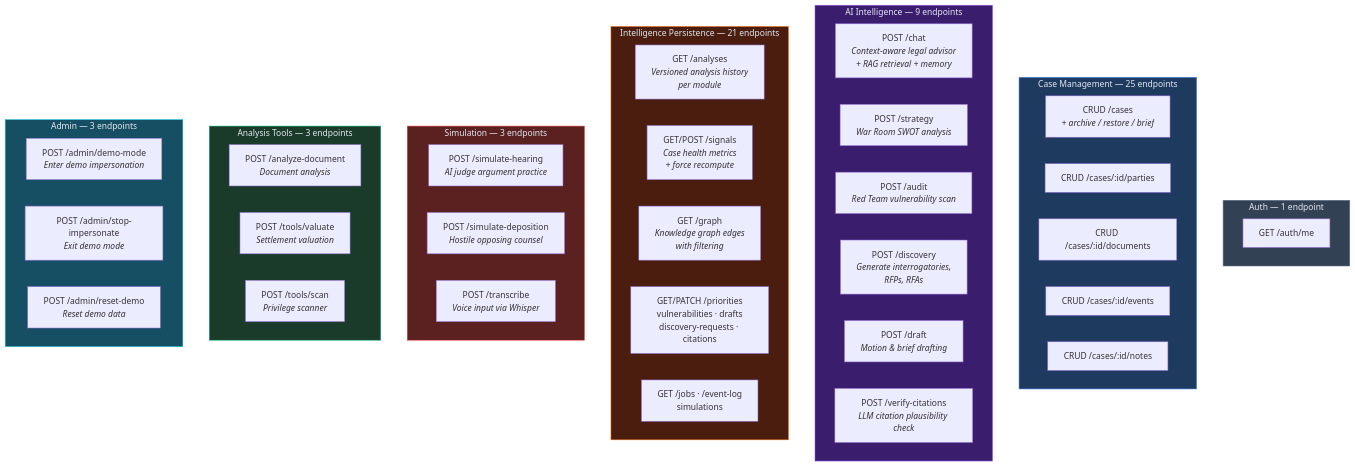
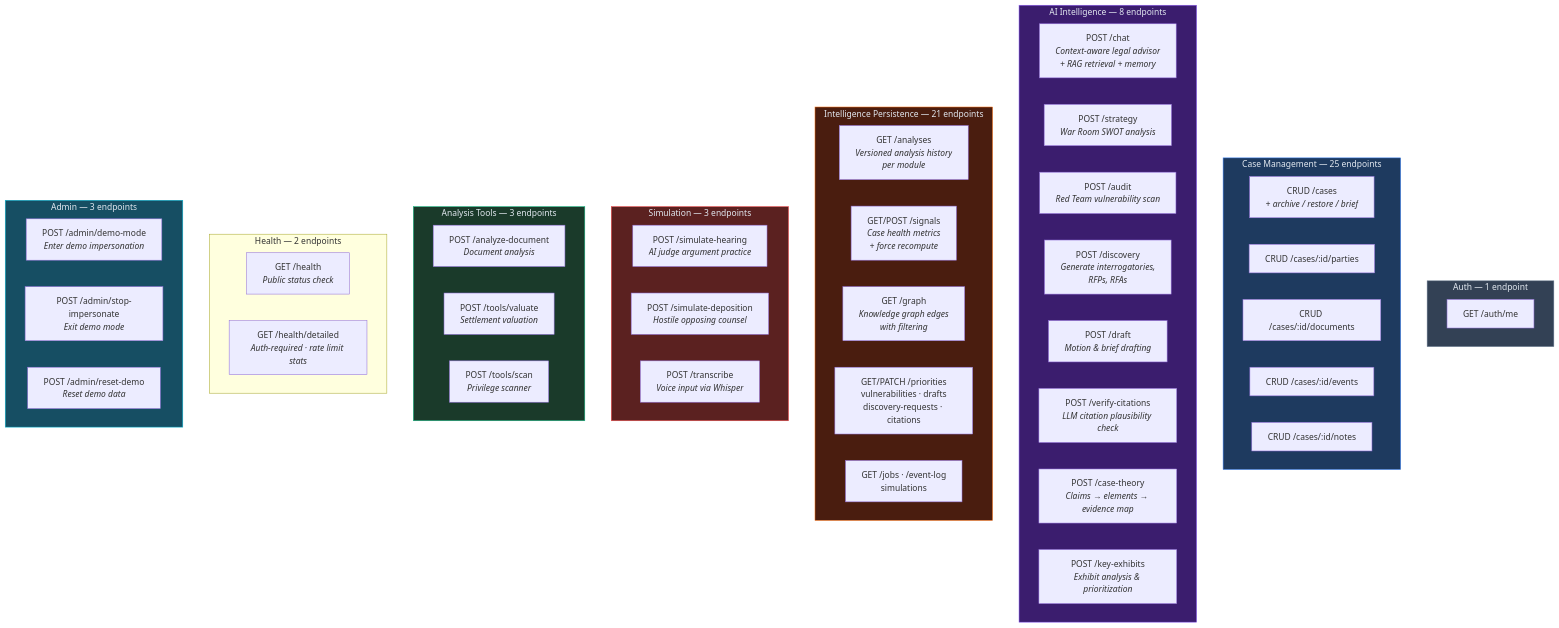
One commit to EolaFam1828/AetherLegalIntelligence changed the eighth of 12 diagrams in ARCHITECTURE.md. Above: the diagram before and after it, drawn with Mermaid. The commit also changed other lines of this file and 5 other files, not shown here.

First line of the commit message:
Sync docs for Case Theory Map and Key Exhibits modules

````diff
--- a/ARCHITECTURE.md
+++ b/ARCHITECTURE.md
@@ -590,57 +610,64 @@
 ```mermaid
 flowchart TB
     subgraph AUTH["Auth — 1 endpoint"]
         A1["GET /auth/me"]
     end
 
     subgraph CASE_MGMT["Case Management — 25 endpoints"]
         C1["CRUD /cases<br/><i>+ archive / restore / brief</i>"]
         C2["CRUD /cases/:id/parties"]
         C3["CRUD /cases/:id/documents"]
         C4["CRUD /cases/:id/events"]
         C5["CRUD /cases/:id/notes"]
     end
 
-    subgraph AI_INTEL["AI Intelligence — 9 endpoints"]
+    subgraph AI_INTEL["AI Intelligence — 8 endpoints"]
         I1["POST /chat<br/><i>Context-aware legal advisor<br/>+ RAG retrieval + memory</i>"]
         I2["POST /strategy<br/><i>War Room SWOT analysis</i>"]
         I3["POST /audit<br/><i>Red Team vulnerability scan</i>"]
         I4["POST /discovery<br/><i>Generate interrogatories,<br/>RFPs, RFAs</i>"]
         I5["POST /draft<br/><i>Motion & brief drafting</i>"]
         I6["POST /verify-citations<br/><i>LLM citation plausibility check</i>"]
+        I7["POST /case-theory<br/><i>Claims → elements → evidence map</i>"]
+        I8["POST /key-exhibits<br/><i>Exhibit analysis & prioritization</i>"]
     end
 
     subgraph INTEL_API["Intelligence Persistence — 21 endpoints"]
         IA1["GET /analyses<br/><i>Versioned analysis history<br/>per module</i>"]
         IA2["GET/POST /signals<br/><i>Case health metrics<br/>+ force recompute</i>"]
         IA3["GET /graph<br/><i>Knowledge graph edges<br/>with filtering</i>"]
         IA4["GET/PATCH /priorities<br/>vulnerabilities · drafts<br/>discovery-requests · citations"]
         IA5["GET /jobs · /event-log<br/>simulations"]
     end
 
     subgraph SIMULATION["Simulation — 3 endpoints"]
         S1["POST /simulate-hearing<br/><i>AI judge argument practice</i>"]
         S2["POST /simulate-deposition<br/><i>Hostile opposing counsel</i>"]
         S3["POST /transcribe<br/><i>Voice input via Whisper</i>"]
     end
 
     subgraph TOOLS["Analysis Tools — 3 endpoints"]
         T1["POST /analyze-document<br/><i>Document analysis</i>"]
         T2["POST /tools/valuate<br/><i>Settlement valuation</i>"]
         T3["POST /tools/scan<br/><i>Privilege scanner</i>"]
     end
 
+    subgraph HEALTH["Health — 2 endpoints"]
+        H1["GET /health<br/><i>Public status check</i>"]
+        H2["GET /health/detailed<br/><i>Auth-required · rate limit stats</i>"]
+    end
+
     subgraph ADMIN["Admin — 3 endpoints"]
         AD1["POST /admin/demo-mode<br/><i>Enter demo impersonation</i>"]
         AD2["POST /admin/stop-impersonate<br/><i>Exit demo mode</i>"]
         AD3["POST /admin/reset-demo<br/><i>Reset demo data</i>"]
     end
 
     style AUTH fill:#334155,stroke:#64748b,color:#e2e8f0
     style CASE_MGMT fill:#1e3a5f,stroke:#3b82f6,color:#e2e8f0
     style AI_INTEL fill:#3b1d6e,stroke:#8b5cf6,color:#e2e8f0
     style INTEL_API fill:#4a1d0f,stroke:#f97316,color:#e2e8f0
     style SIMULATION fill:#5b2120,stroke:#ef4444,color:#e2e8f0
     style TOOLS fill:#1a3a2a,stroke:#10b981,color:#e2e8f0
     style ADMIN fill:#164e63,stroke:#06b6d4,color:#e2e8f0
 ```
````
